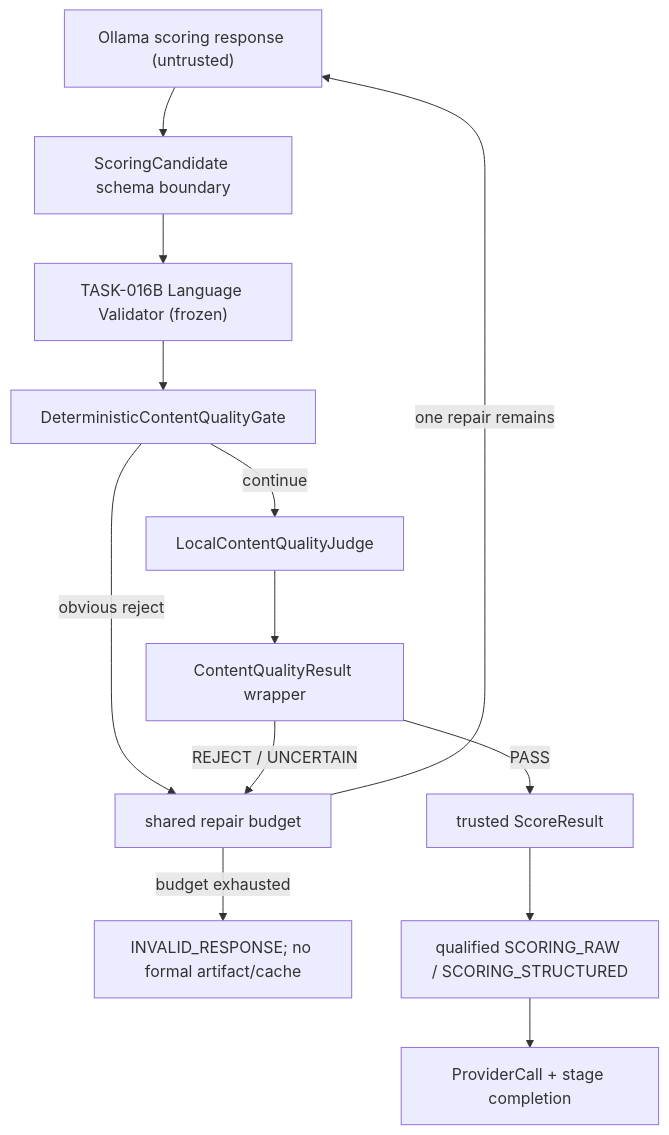
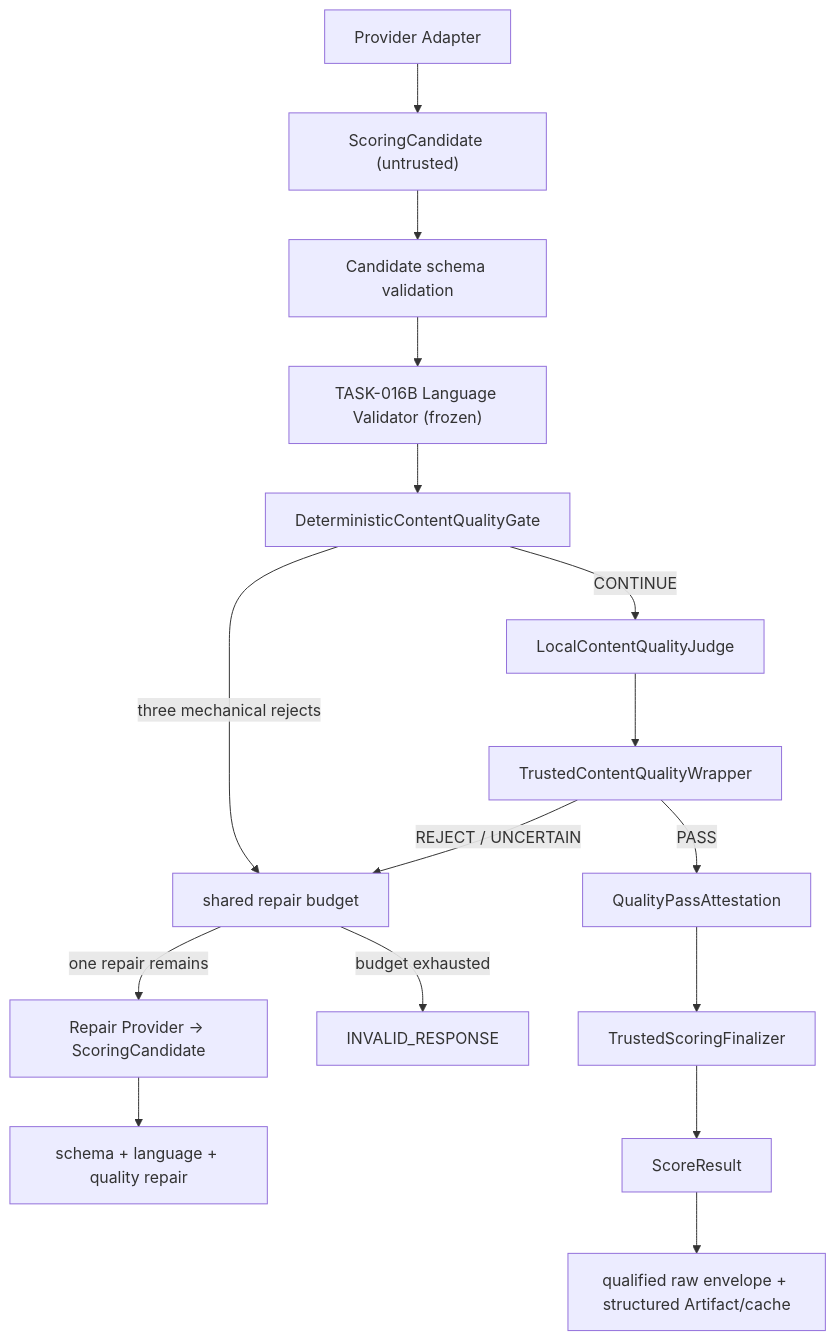
One commit to huangbuqubunao-alt/intelligence changed the diagram in docs/TASK-016C-CONTENT-QUALITY-INTERFACE-DESIGN.md. Above: the diagram before and after it, drawn with Mermaid. The commit also changed other lines of this file and 4 other files, not shown here.

Commit message:
docs: revise task 016c trusted quality design

````diff
--- a/docs/TASK-016C-CONTENT-QUALITY-INTERFACE-DESIGN.md
+++ b/docs/TASK-016C-CONTENT-QUALITY-INTERFACE-DESIGN.md
@@ -22,15 +25,18 @@
 ```mermaid
 flowchart TD
-    A["Ollama scoring response (untrusted)"] --> B["ScoringCandidate schema boundary"]
-    B --> C["TASK-016B Language Validator (frozen)"]
-    C --> D["DeterministicContentQualityGate"]
-    D -->|"obvious reject"| R["shared repair budget"]
-    D -->|"continue"| E["LocalContentQualityJudge"]
-    E --> F["ContentQualityResult wrapper"]
-    F -->|"PASS"| G["trusted ScoreResult"]
-    F -->|"REJECT / UNCERTAIN"| R
-    R -->|"one repair remains"| A
-    R -->|"budget exhausted"| X["INVALID_RESPONSE; no formal artifact/cache"]
-    G --> H["qualified SCORING_RAW / SCORING_STRUCTURED"]
-    H --> I["ProviderCall + stage completion"]
+    A["Provider Adapter"] --> B["ScoringCandidate (untrusted)"]
+    B --> C["Candidate schema validation"]
+    C --> D["TASK-016B Language Validator (frozen)"]
+    D --> E["DeterministicContentQualityGate"]
+    E -->|"three mechanical rejects"| R["shared repair budget"]
+    E -->|"CONTINUE"| J["LocalContentQualityJudge"]
+    J --> W["TrustedContentQualityWrapper"]
+    W -->|"REJECT / UNCERTAIN"| R
+    W -->|"PASS"| T["QualityPassAttestation"]
+    R -->|"one repair remains"| B2["Repair Provider -> ScoringCandidate"]
+    B2 --> C2["schema + language + quality repair"]
+    R -->|"budget exhausted"| X["INVALID_RESPONSE"]
+    T --> F["TrustedScoringFinalizer"]
+    F --> S["ScoreResult"]
+    S --> P["qualified raw envelope + structured Artifact/cache"]
 ```
````
